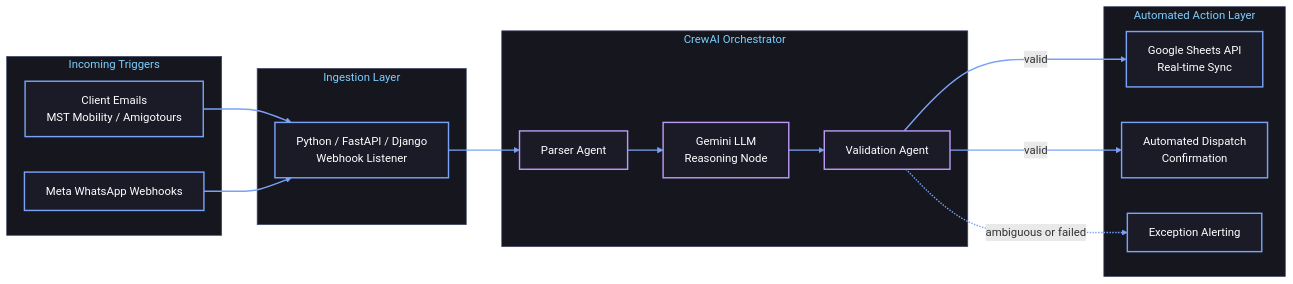
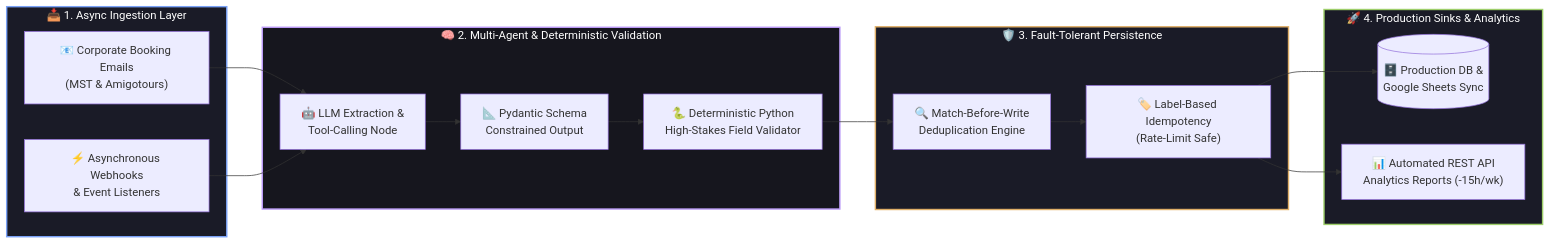
The first of 3 diagrams in README.md (adarsh-dubey-gthb/adarsh-dubey-gthb), drawn with Mermaid before and after one commit. The commit also changed other lines of this file, not shown here.

````diff
--- a/README.md
+++ b/README.md
@@ -52,42 +58,35 @@
 ```mermaid
 flowchart LR
-    subgraph T["Incoming Triggers"]
-        E1["Client Emails<br/>MST Mobility / Amigotours"]
-        W1["Meta WhatsApp Webhooks"]
+    subgraph Ingestion["📥 1. Async Ingestion Layer"]
+        A1["📧 Corporate Booking Emails<br/>(MST & Amigotours)"]
+        A2["⚡ Asynchronous Webhooks<br/>& Event Listeners"]
     end
 
-    subgraph I["Ingestion Layer"]
-        L["Python / FastAPI / Django<br/>Webhook Listener"]
+    subgraph AgentCore["🧠 2. Multi-Agent & Deterministic Validation"]
+        B1["🤖 LLM Extraction &<br/>Tool-Calling Node"]
+        B2["📐 Pydantic Schema<br/>Constrained Output"]
+        B3["🐍 Deterministic Python<br/>High-Stakes Field Validator"]
+        B1 --> B2 --> B3
     end
 
-    subgraph C["CrewAI Orchestrator"]
-        P["Parser Agent"]
-        G["Gemini LLM<br/>Reasoning Node"]
-        V["Validation Agent"]
+    subgraph Idempotency["🛡️ 3. Fault-Tolerant Persistence"]
+        C1["🔍 Match-Before-Write<br/>Deduplication Engine"]
+        C2["🏷️ Label-Based Idempotency<br/>(Rate-Limit Safe)"]
+        C1 --> C2
     end
 
-    subgraph A["Automated Action Layer"]
-        S["Google Sheets API<br/>Real-time Sync"]
-        D["Automated Dispatch<br/>Confirmation"]
-        X["Exception Alerting"]
+    subgraph Sinks["🚀 4. Production Sinks & Analytics"]
+        D1[("🗄️ Production DB &<br/>Google Sheets Sync")]
+        D2["📊 Automated REST API<br/>Analytics Reports (-15h/wk)"]
     end
 
-    E1 --> L
-    W1 --> L
-    L --> P
-    P --> G
-    G --> V
-    V -->|valid| S
-    V -->|valid| D
-    V -.->|ambiguous or failed| X
+    A1 & A2 --> B1
+    B3 --> C1
+    C2 --> D1 & D2
 
-    classDef tokyo fill:#1a1b27,stroke:#7aa2f7,color:#fff,stroke-width:2px;
-    classDef agent fill:#1a1b27,stroke:#bb9af7,color:#fff,stroke-width:2px;
-    class E1,W1,L,S,D,X tokyo;
-    class P,G,V agent;
-    style T fill:#16161e,stroke:#414868,color:#7dcfff
-    style I fill:#16161e,stroke:#414868,color:#7dcfff
-    style C fill:#16161e,stroke:#414868,color:#7dcfff
-    style A fill:#16161e,stroke:#414868,color:#7dcfff
-    linkStyle default stroke:#7aa2f7,stroke-width:2px
+    style Ingestion fill:#1a1b27,stroke:#7aa2f7,stroke-width:2px,color:#fff
+    style AgentCore fill:#16161e,stroke:#bb9af7,stroke-width:2px,color:#fff
+    style Idempotency fill:#1a1b27,stroke:#e0af68,stroke-width:2px,color:#fff
+    style Sinks fill:#1a1b27,stroke:#9ece6a,stroke-width:2px,color:#fff
+
 ```
````
